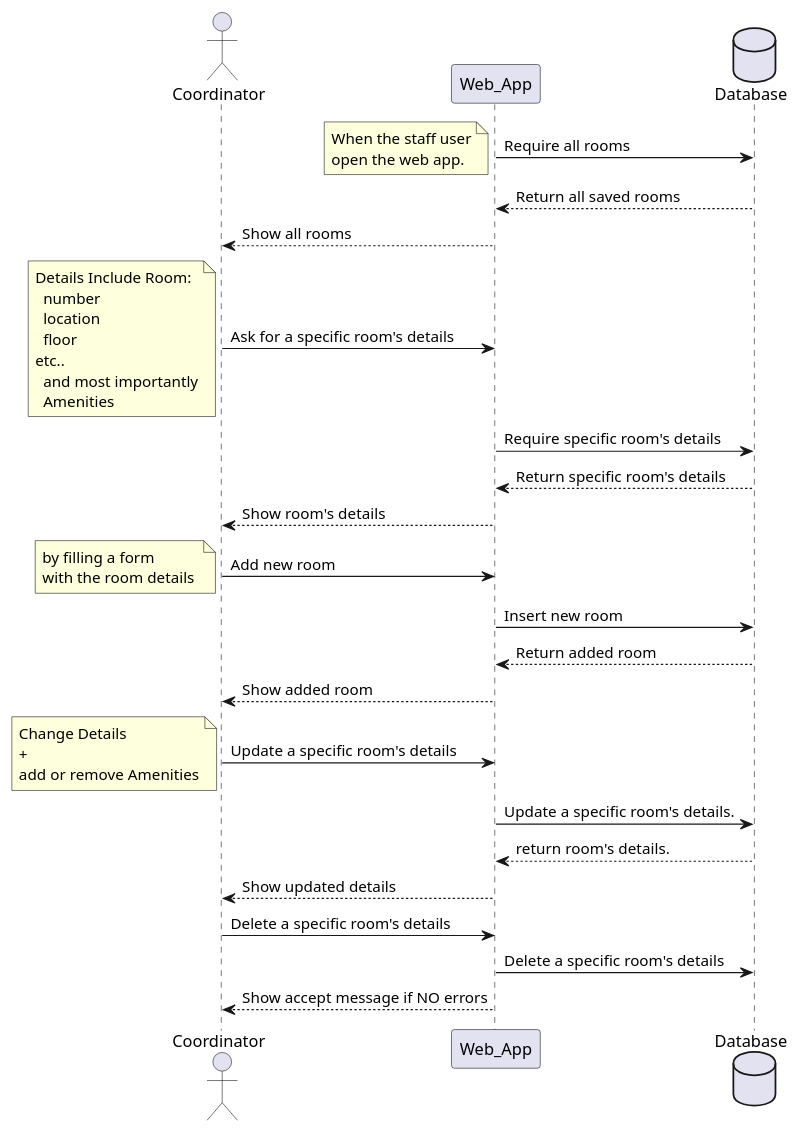
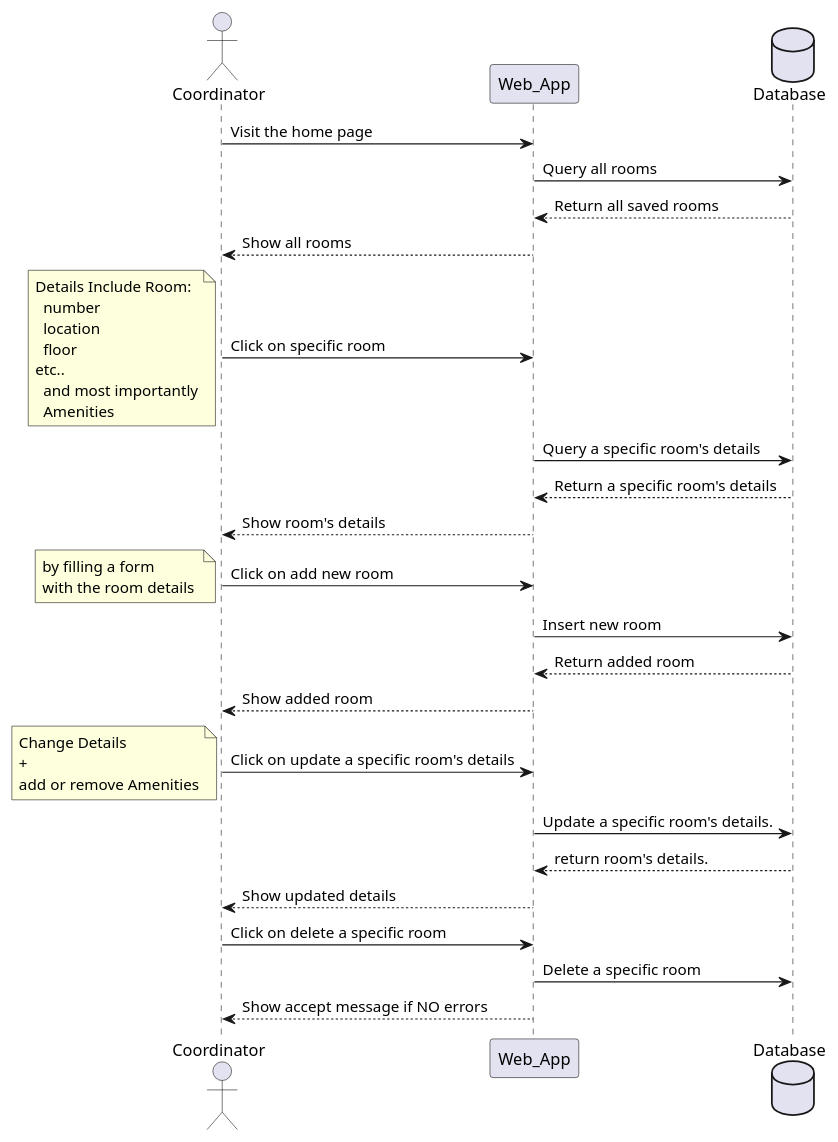
The second of 2 diagrams in Sequence_Diagrams/Rooms-inter.puml (Hussien-LTS/Resaverse), drawn with PlantUML before and after one commit. The commit also changed other lines of this file and 1 other file, not shown here.

```diff
--- a/Sequence_Diagrams/Rooms-inter.puml
+++ b/Sequence_Diagrams/Rooms-inter.puml
@@ -27,66 +27,66 @@
 @startuml Rooms via Coordinator
 
 actor Coordinator as Coordinator
 participant Web_App as Web_App
 database Database as DB
 
-' Coordinator -> Web_App: Ask for all rooms
-Web_App -> DB: Require all rooms
-note Left
-  When the staff user
-  open the web app.
-end note
+Coordinator -> Web_App: Visit the home page
+Web_App -> DB: Query all rooms
+' note Left
+'   When the staff user
+'   open the web app.
+' end note
 DB --> Web_App: Return all saved rooms
 Web_App --> Coordinator: Show all rooms
 
 
-Coordinator -> Web_App: Ask for a specific room's details
+Coordinator -> Web_App: Click on specific room
 note Left
   Details Include Room:
     number
     location
     floor
   etc..
     and most importantly
     Amenities
 end note
-Web_App -> DB: Require specific room's details
+Web_App -> DB: Query a specific room's details
 
-DB --> Web_App: Return specific room's details
+DB --> Web_App: Return a specific room's details
 Web_App --> Coordinator: Show room's details
 
 
-Coordinator -> Web_App: Add new room
+Coordinator -> Web_App: Click on add new room
 note left
   by filling a form 
   with the room details 
 end note
 Web_App -> DB: Insert new room
 
 DB --> Web_App: Return added room
 Web_App --> Coordinator: Show added room
 
 
-Coordinator -> Web_App: Update a specific room's details
+Coordinator -> Web_App: Click on update a specific room's details
 note left
   Change Details
   +
   add or remove Amenities
 end note
 Web_App -> DB: Update a specific room's details.
 
 ' DB --> Web_App: return updated room's ID.
 
 ' Web_App -> DB: Require room's details by ID.
 DB --> Web_App: return room's details.
 
 Web_App --> Coordinator: Show updated details
 
 
-Coordinator -> Web_App: Delete a specific room's details
-Web_App -> DB: Delete a specific room's details
+Coordinator -> Web_App: Click on delete a specific room
+Web_App -> DB: Delete a specific room
 
 Web_App --> Coordinator: Show accept message if NO errors
 
 
 @enduml
```
